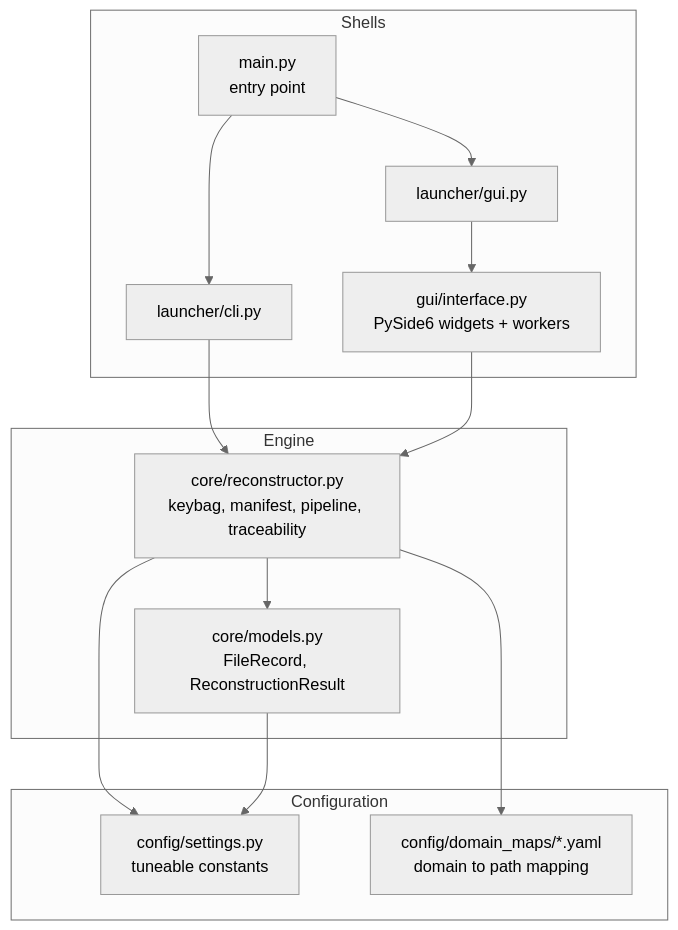
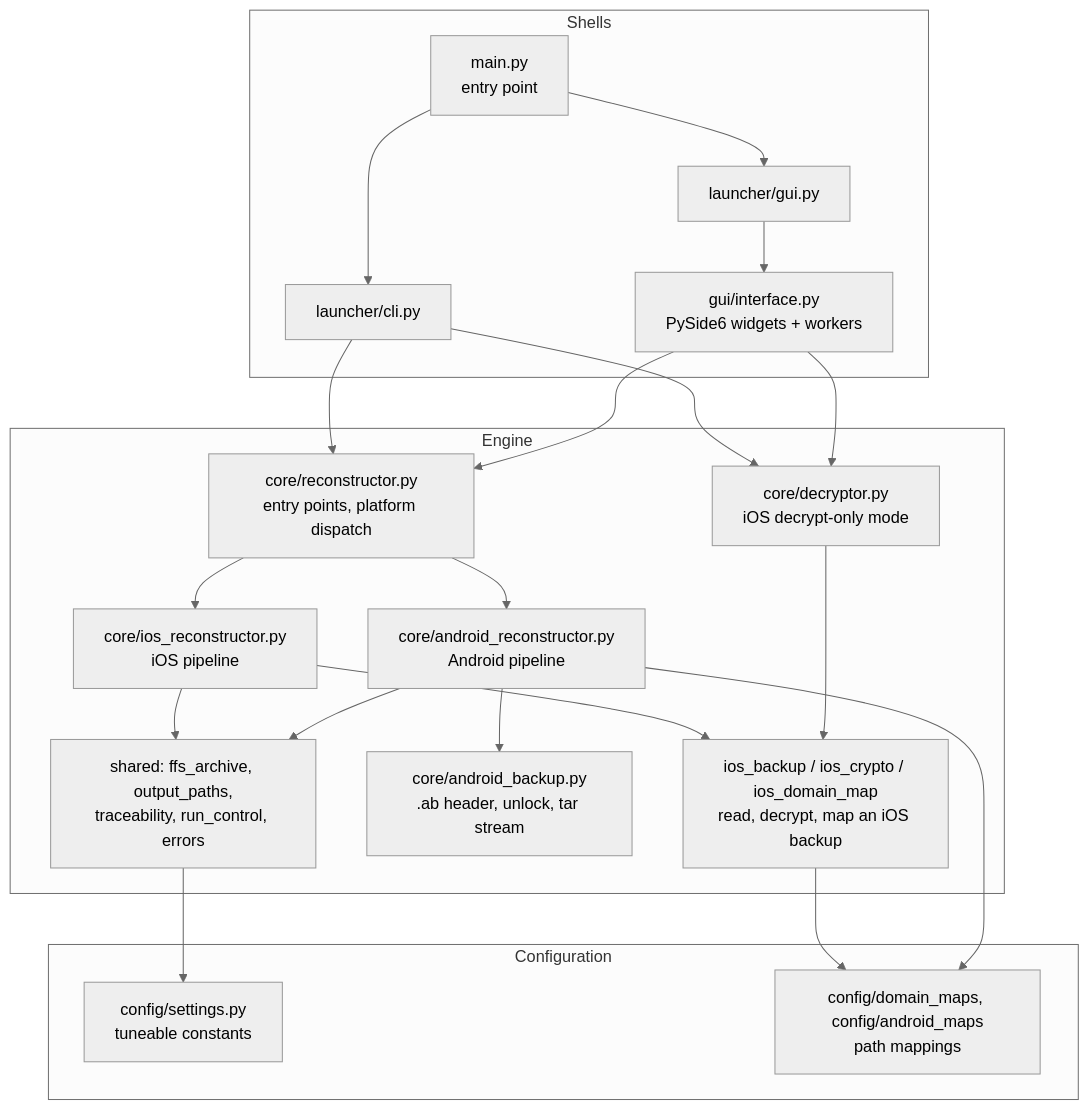
One commit to Ben0x0a/mobile-backup-reconstructor changed the first of 2 diagrams in docs/architecture.md. Above: the diagram before and after it, drawn with Mermaid (neutral theme). The commit also changed other lines of this file and 27 other files, not shown here.

Commit message:
refactor: split core/reconstructor.py by concern

````diff
--- a/docs/architecture.md
+++ b/docs/architecture.md
@@ -5,24 +5,35 @@
 ```mermaid
 flowchart TD
     subgraph Shells
         M[main.py<br/>entry point]
         CLI[launcher/cli.py]
         GL[launcher/gui.py]
         UI[gui/interface.py<br/>PySide6 widgets + workers]
     end
     subgraph Engine
-        R[core/reconstructor.py<br/>keybag, manifest, pipeline, traceability]
-        MO[core/models.py<br/>FileRecord, ReconstructionResult]
+        R[core/reconstructor.py<br/>entry points, platform dispatch]
+        IR[core/ios_reconstructor.py<br/>iOS pipeline]
+        AR[core/android_reconstructor.py<br/>Android pipeline]
+        IB[ios_backup / ios_crypto / ios_domain_map<br/>read, decrypt, map an iOS backup]
+        AB[core/android_backup.py<br/>.ab header, unlock, tar stream]
+        DE[core/decryptor.py<br/>iOS decrypt-only mode]
+        SH[shared: ffs_archive, output_paths,<br/>traceability, run_control, errors]
     end
     subgraph Configuration
         S[config/settings.py<br/>tuneable constants]
-        D[config/domain_maps/*.yaml<br/>domain to path mapping]
+        D[config/domain_maps, config/android_maps<br/>path mappings]
     end
 
     M --> CLI --> R
+    CLI --> DE
     M --> GL --> UI --> R
-    R --> MO
-    R --> S
-    R --> D
-    MO --> S
+    UI --> DE
+    R --> IR --> IB
+    R --> AR --> AB
+    IR --> SH
+    AR --> SH
+    DE --> IB
+    IB --> D
+    AR --> D
+    SH --> S
 ```
````
